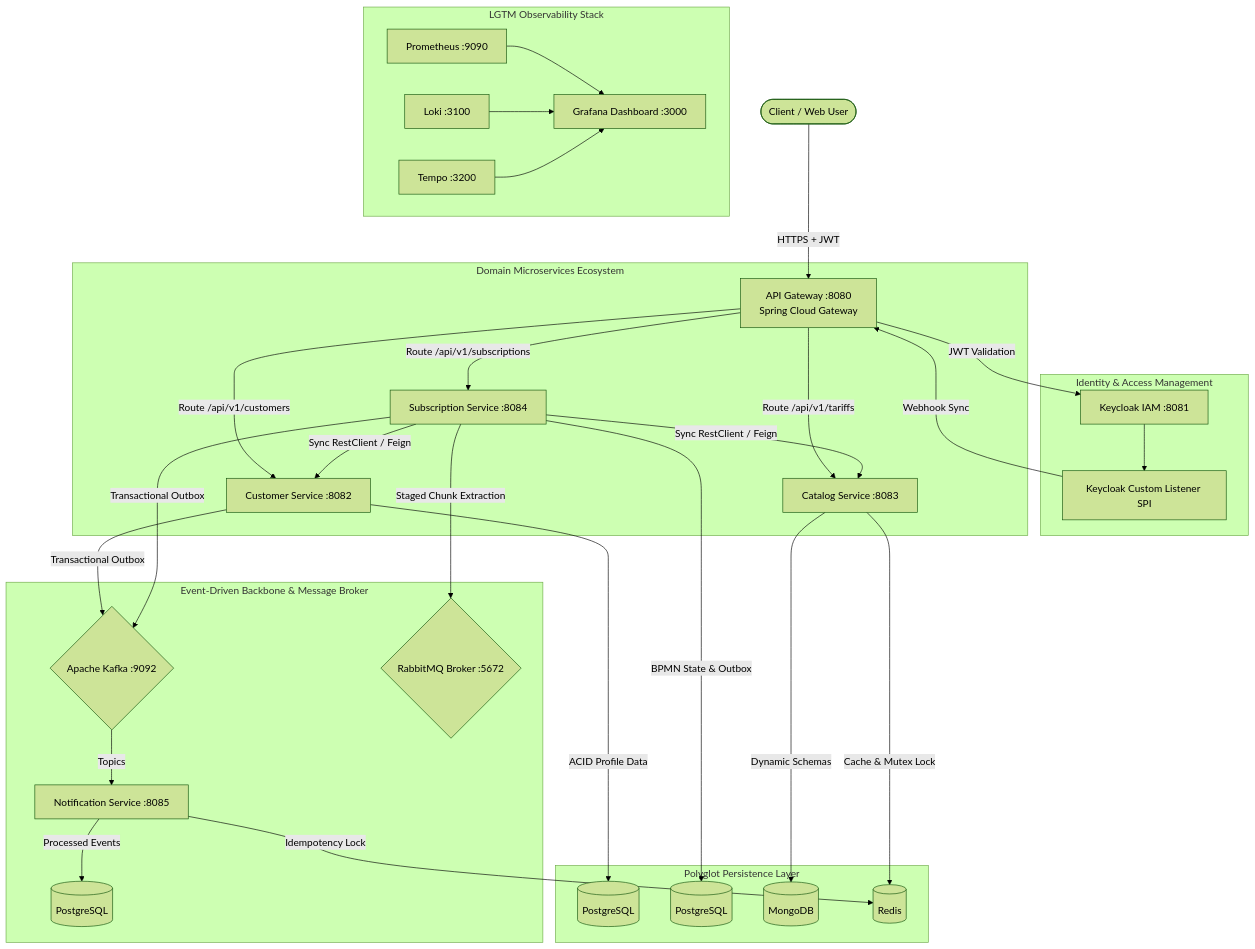
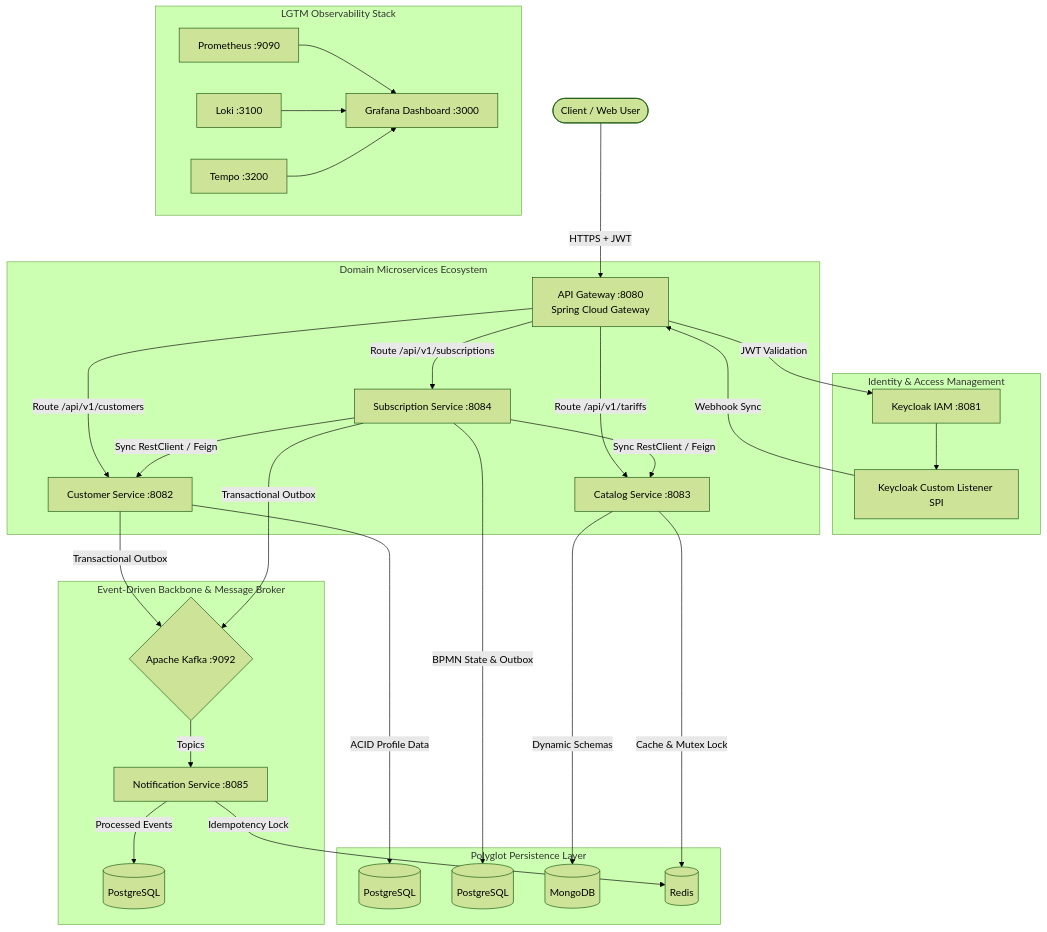
Before and after one commit to mahmutyukselci/telecom-crm-public: the first of 2 diagrams in README.md, drawn with Mermaid (forest theme). The commit also changed other lines of this file, not shown here.

Commit message:
docs: remove RabbitMQ case study and references from telecom-public

````diff
--- a/README.md
+++ b/README.md
@@ -34,49 +33,48 @@
 ```mermaid
 graph TD
     User([Client / Web User]) -->|HTTPS + JWT| Gateway[API Gateway :8080<br/>Spring Cloud Gateway]
     
     subgraph IAM ["Identity & Access Management"]
         KC[Keycloak IAM :8081]
         SPI[Keycloak Custom Listener SPI]
         KC --> SPI
     end
 
     Gateway -->|JWT Validation| KC
     SPI -->|Webhook Sync| Gateway
 
     subgraph Microservices ["Domain Microservices Ecosystem"]
         Gateway -->|Route /api/v1/customers| CustSvc[Customer Service :8082]
         Gateway -->|Route /api/v1/tariffs| CatSvc[Catalog Service :8083]
         Gateway -->|Route /api/v1/subscriptions| SubSvc[Subscription Service :8084]
         
         SubSvc -->|Sync RestClient / Feign| CatSvc
         SubSvc -->|Sync RestClient / Feign| CustSvc
     end
 
     subgraph DataLayer ["Polyglot Persistence Layer"]
         CustSvc -->|ACID Profile Data| PG_Cust[(PostgreSQL)]
         SubSvc -->|BPMN State & Outbox| PG_Sub[(PostgreSQL)]
         CatSvc -->|Dynamic Schemas| Mongo[(MongoDB)]
         CatSvc -->|Cache & Mutex Lock| Redis[(Redis)]
     end
 
     subgraph EventStreaming ["Event-Driven Backbone & Message Broker"]
         CustSvc -->|Transactional Outbox| Kafka{Apache Kafka :9092}
         SubSvc -->|Transactional Outbox| Kafka
-        SubSvc -->|Staged Chunk Extraction| RabbitMQ{RabbitMQ Broker :5672}
         Kafka -->|Topics| NotifSvc[Notification Service :8085]
         NotifSvc -->|Idempotency Lock| Redis
         NotifSvc -->|Processed Events| PG_Notif[(PostgreSQL)]
     end
 
     subgraph Observability ["LGTM Observability Stack"]
         Prom[Prometheus :9090]
         Loki[Loki :3100]
         Tempo[Tempo :3200]
         Grafana[Grafana Dashboard :3000]
         
         Prom --> Grafana
         Loki --> Grafana
         Tempo --> Grafana
     end
 ```
````
